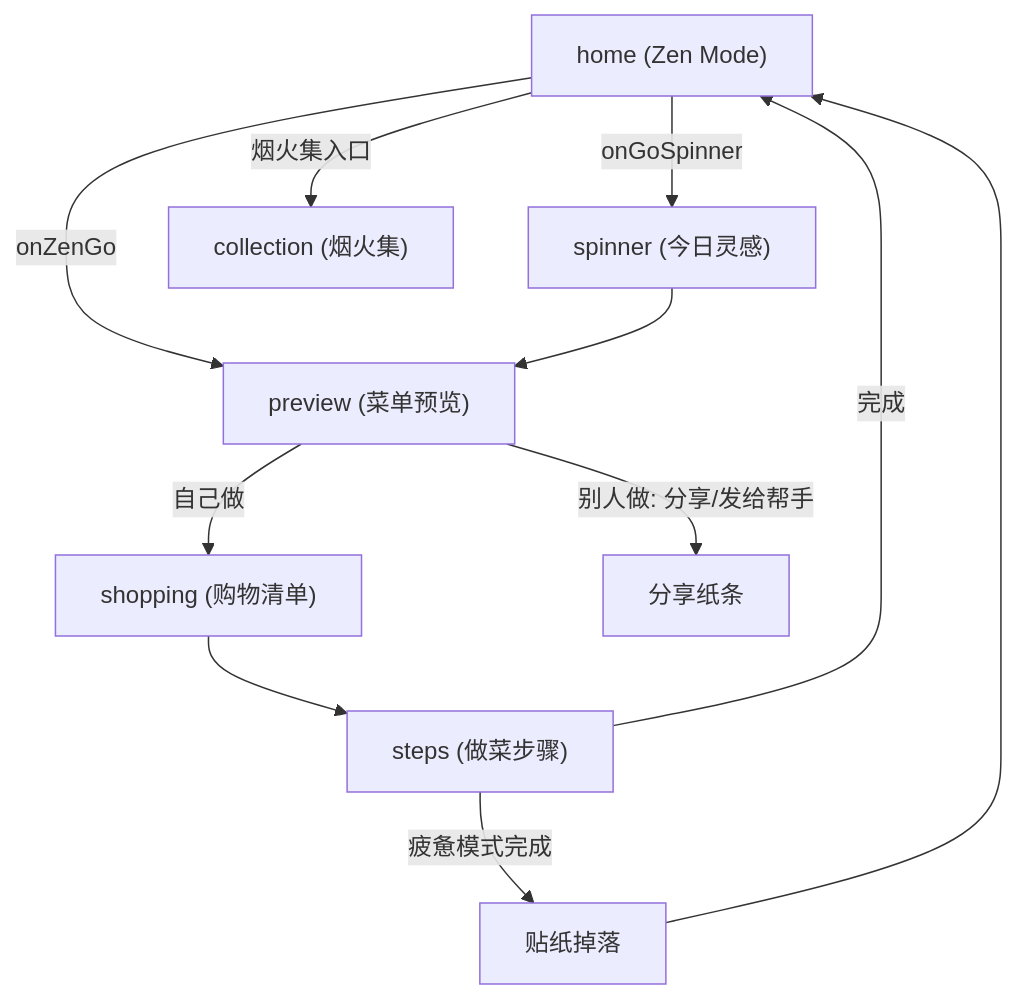
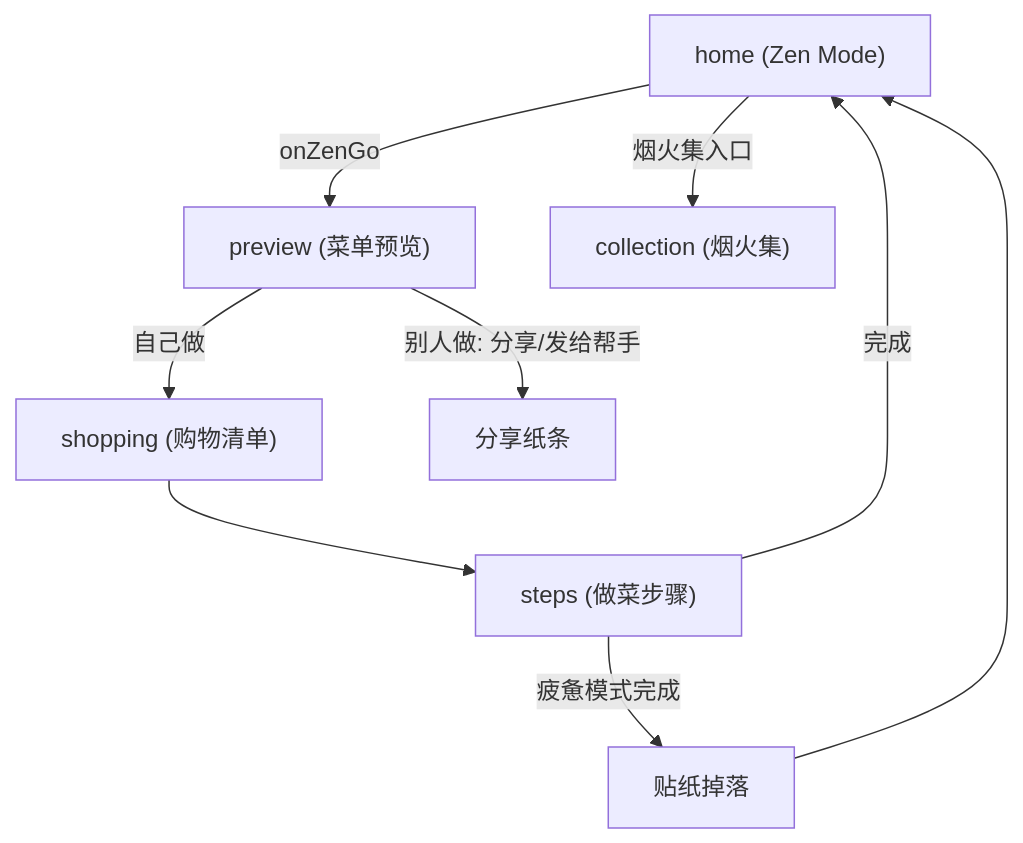
Before and after one commit to rpistachio/TableSync: the diagram in docs/spec.md, drawn with Mermaid. The commit also changed 8 other files, not shown here.

First line of the commit message:
refactor: 移除「今日灵感」入口与 spinner 页面

````diff
--- a/docs/spec.md
+++ b/docs/spec.md
@@ -30,19 +30,16 @@
 ```mermaid
 flowchart TD
   Home["home (Zen Mode)"]
-  Spinner["spinner (今日灵感)"]
   Preview["preview (菜单预览)"]
   Shopping["shopping (购物清单)"]
   Steps["steps (做菜步骤)"]
   Collection["collection (烟火集)"]
   Home -->|onZenGo| Preview
-  Home -->|onGoSpinner| Spinner
-  Spinner --> Preview
   Preview -->|自己做| Shopping
   Preview -->|别人做: 分享/发给帮手| Share["分享纸条"]
   Shopping --> Steps
   Steps -->|完成| Home
   Steps -->|疲惫模式完成| StickerDrop["贴纸掉落"]
   StickerDrop --> Home
   Home -->|烟火集入口| Collection
 ```
````
